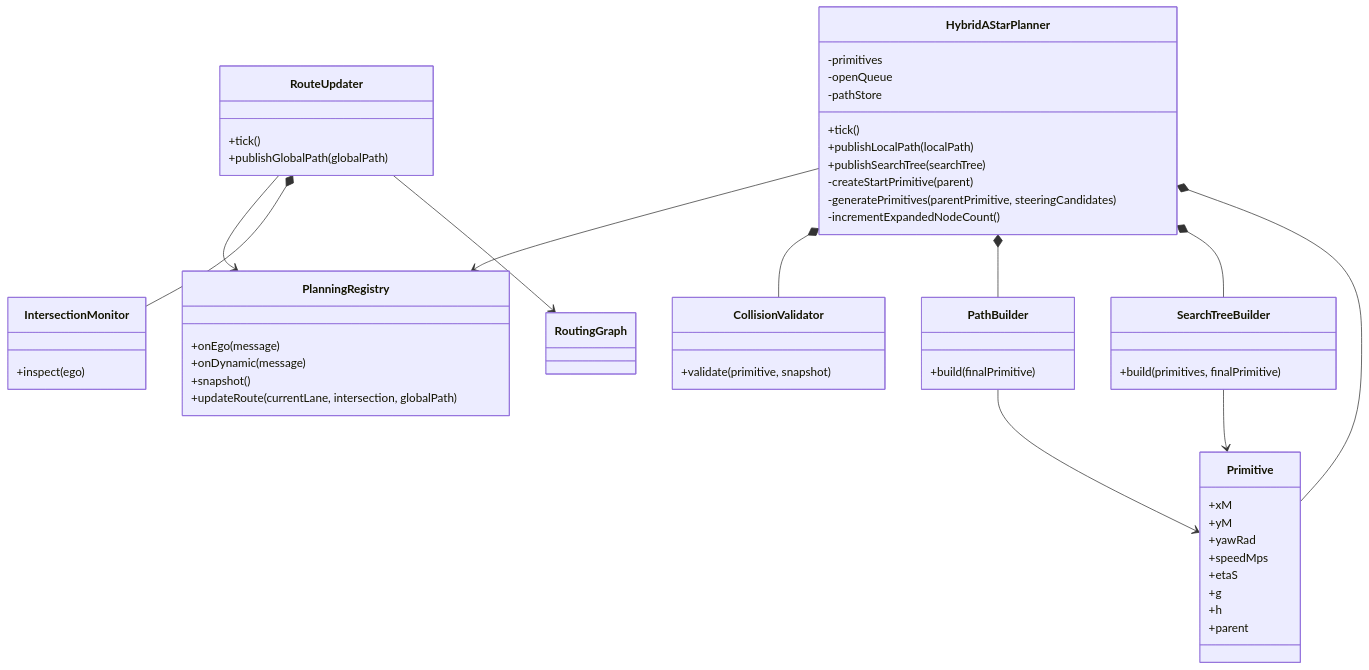
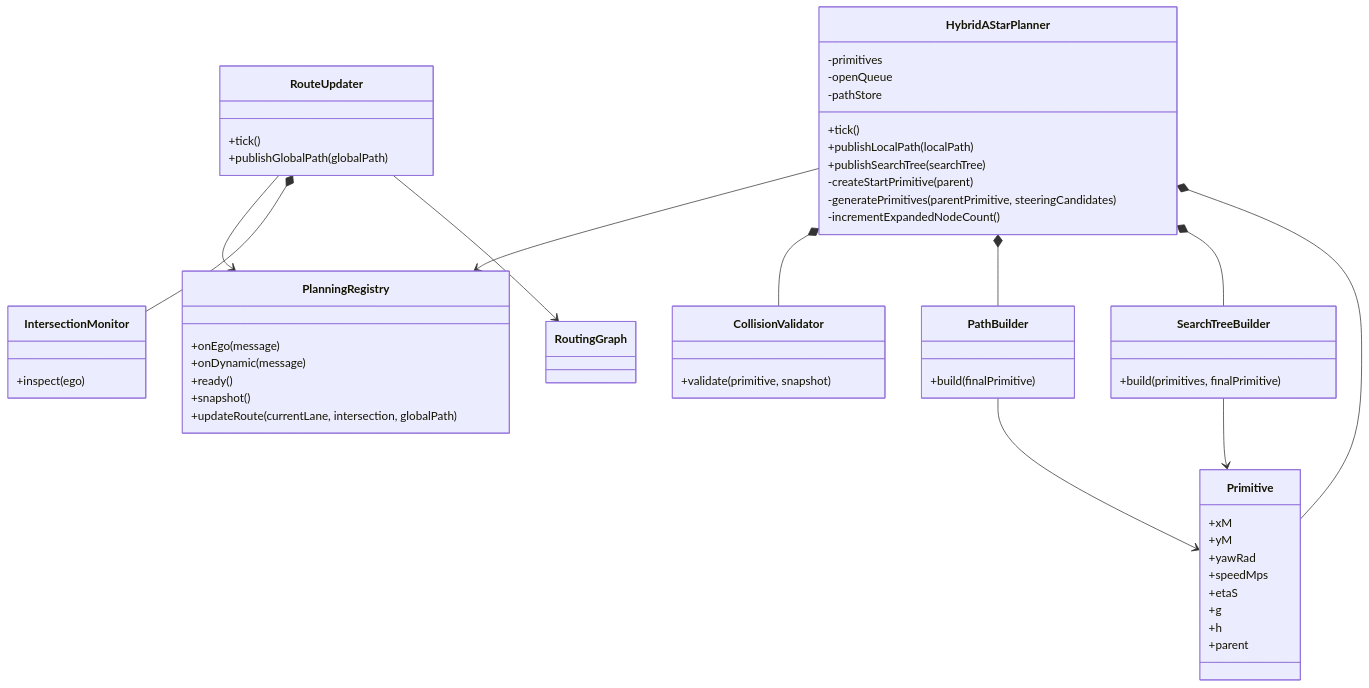
Before and after one commit to Team-Stier/HL-FMA2026-sim-stier: the first of 2 diagrams in src/path_planner/README.md, drawn with Mermaid. The commit also changed other lines of this file and 15 other files, not shown here.

````diff
--- a/src/path_planner/README.md
+++ b/src/path_planner/README.md
@@ -127,64 +127,65 @@
 ```mermaid
 classDiagram
     class PlanningRegistry {
         +onEgo(message)
         +onDynamic(message)
+        +ready()
         +snapshot()
         +updateRoute(currentLane, intersection, globalPath)
     }
 
     class RouteUpdater {
         +tick()
         +publishGlobalPath(globalPath)
     }
 
     class IntersectionMonitor {
         +inspect(ego)
     }
 
     class HybridAStarPlanner {
         +tick()
         +publishLocalPath(localPath)
         +publishSearchTree(searchTree)
         -createStartPrimitive(parent)
         -generatePrimitives(parentPrimitive, steeringCandidates)
         -incrementExpandedNodeCount()
         -primitives
         -openQueue
         -pathStore
     }
 
     class Primitive {
         +xM
         +yM
         +yawRad
         +speedMps
         +etaS
         +g
         +h
         +parent
     }
 
     class CollisionValidator {
         +validate(primitive, snapshot)
     }
 
     class PathBuilder {
         +build(finalPrimitive)
     }
 
     class SearchTreeBuilder {
         +build(primitives, finalPrimitive)
     }
 
     RouteUpdater --> PlanningRegistry
     RouteUpdater *-- IntersectionMonitor
     RouteUpdater --> RoutingGraph
     HybridAStarPlanner --> PlanningRegistry
     HybridAStarPlanner *-- CollisionValidator
     HybridAStarPlanner *-- PathBuilder
     HybridAStarPlanner *-- SearchTreeBuilder
     HybridAStarPlanner *-- Primitive
     PathBuilder --> Primitive
     SearchTreeBuilder --> Primitive
 ```
````
